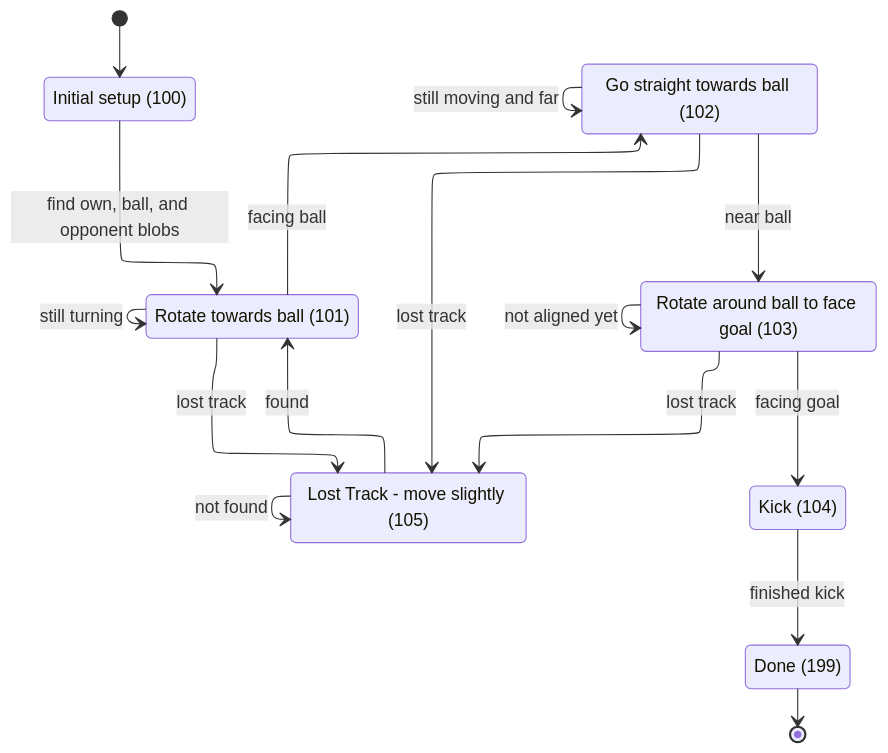
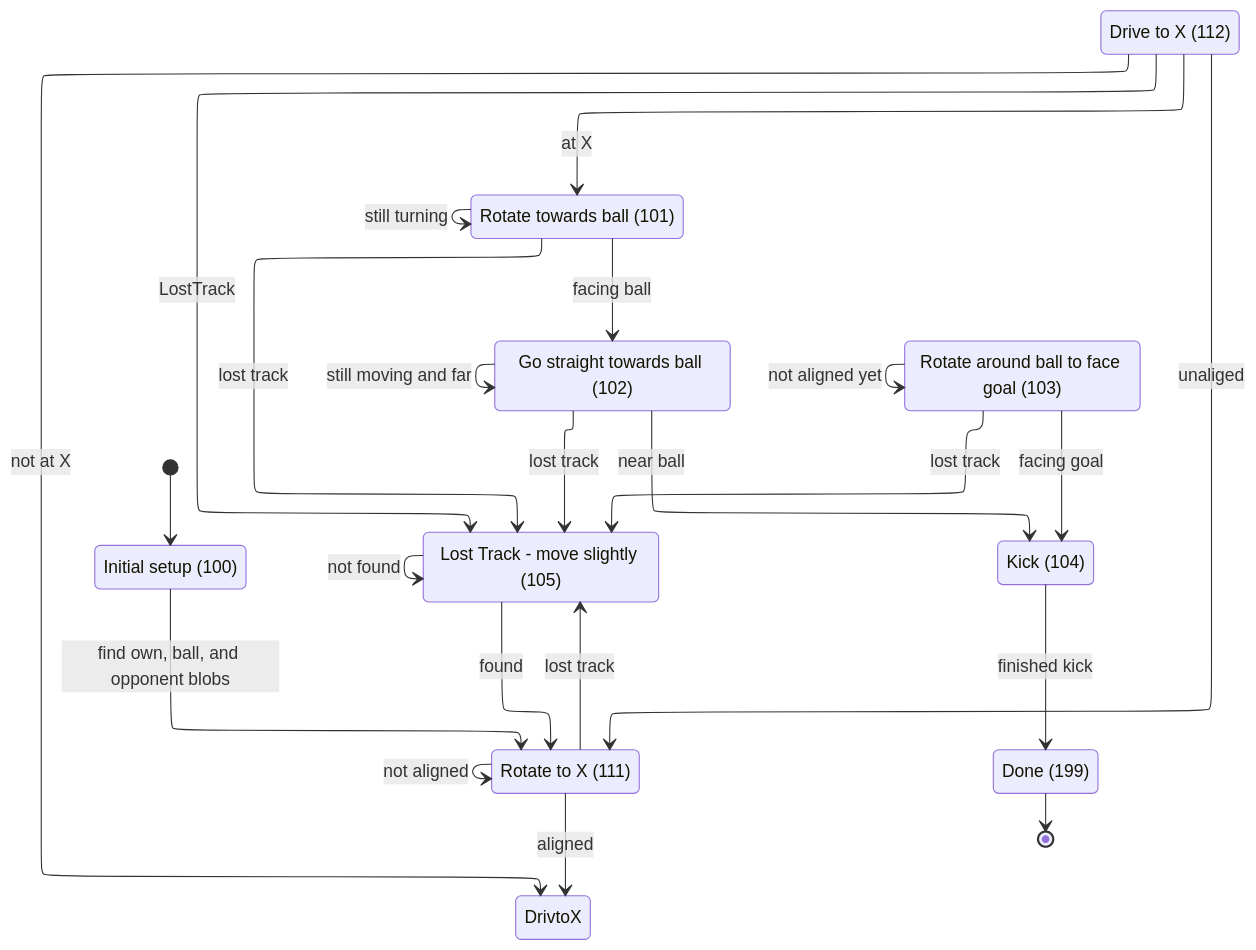
One commit to Wengxin04/CSC85-RoboSoccer changed the diagram in FSM diagrams/penalty kick.mmd. Above: the diagram before and after it, drawn with Mermaid.

Commit message:
penalty kick fsm changes

```diff
--- a/FSM diagrams/penalty kick.mmd
+++ b/FSM diagrams/penalty kick.mmd
@@ -1,28 +1,44 @@
 ---
 config:
   layout: elk
 ---
 stateDiagram
   direction TB
   [*] --> Init
-  Init --> RotateToBall:find own, ball, and opponent blobs
+  Init --> RotatetoX: find own, ball, and opponent blobs
+  RotatetoX --> RotatetoX: not aligned
+  RotatetoX --> DrivtoX: aligned
+  RotatetoX --> LostTrack: lost track
+
+  DrivetoX --> RotateToBall : at X
+  DrivetoX --> RotatetoX: unaliged
+  DrivetoX --> DrivtoX: not at X
+  DrivetoX --> LostTrack: LostTrack
+
   RotateToBall --> GoStraight:facing ball
   RotateToBall --> RotateToBall:still turning
   RotateToBall --> LostTrack:lost track
-  GoStraight --> RotateAround:near ball
+
+  GoStraight --> Kick:near ball
   GoStraight --> GoStraight:still moving and far
   GoStraight --> LostTrack:lost track
+
   RotateAround --> Kick:facing goal
   RotateAround --> RotateAround:not aligned yet
   RotateAround --> LostTrack:lost track
+
   LostTrack --> LostTrack: not found 
-  LostTrack --> RotateToBall: found
+  LostTrack --> RotatetoX: found
   Kick --> Done:finished kick
   Done --> [*]
+
   Init:Initial setup (100)
   RotateToBall:Rotate towards ball (101)
   GoStraight:Go straight towards ball (102)
   RotateAround:Rotate around ball to face goal (103)
   LostTrack: Lost Track - move slightly (105)
   Kick:Kick (104)
   Done:Done (199)
+
+  RotatetoX: Rotate to X (111)
+  DrivetoX: Drive to X (112)
```
